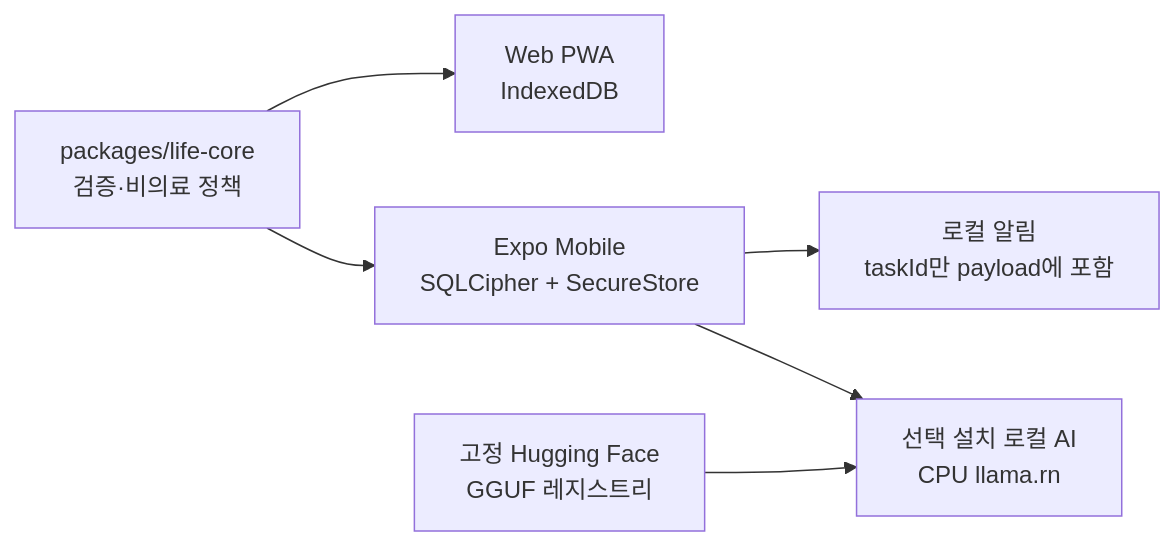
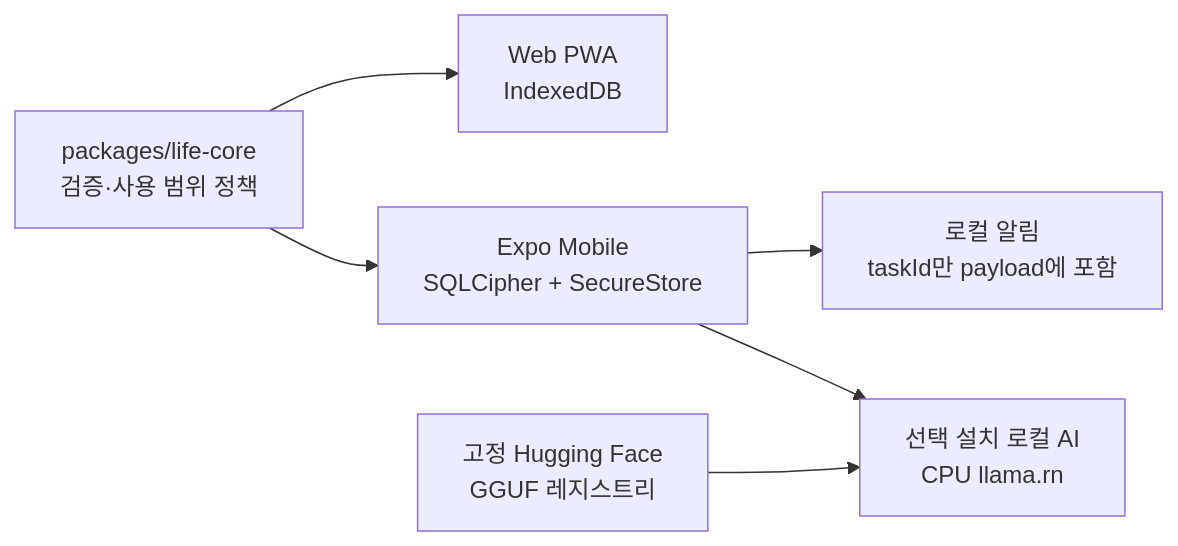
Before and after one commit to sinmb79/careguardian-ai: the diagram in README.md, drawn with Mermaid. The commit also changed other lines of this file and 6 other files, not shown here.

````diff
--- a/README.md
+++ b/README.md
@@ -7,8 +7,8 @@
 ```mermaid
 flowchart LR
-  Core["packages/life-core\n검증·비의료 정책"] --> Web["Web PWA\nIndexedDB"]
+  Core["packages/life-core\n검증·사용 범위 정책"] --> Web["Web PWA\nIndexedDB"]
   Core --> Mobile["Expo Mobile\nSQLCipher + SecureStore"]
   Mobile --> Notify["로컬 알림\ntaskId만 payload에 포함"]
   Mobile --> AI["선택 설치 로컬 AI\nCPU llama.rn"]
   Registry["고정 Hugging Face\nGGUF 레지스트리"] --> AI
 ```
````
